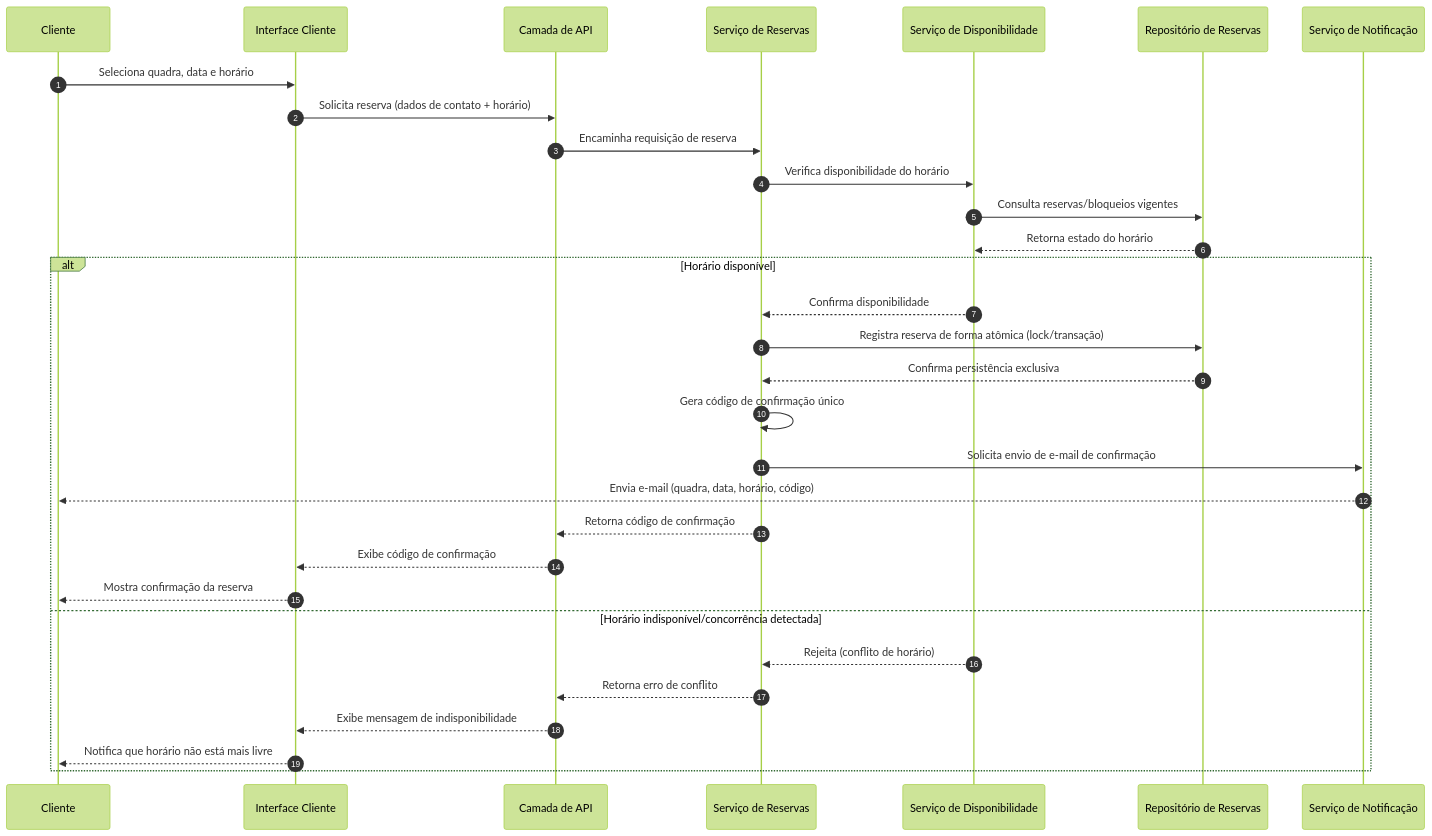
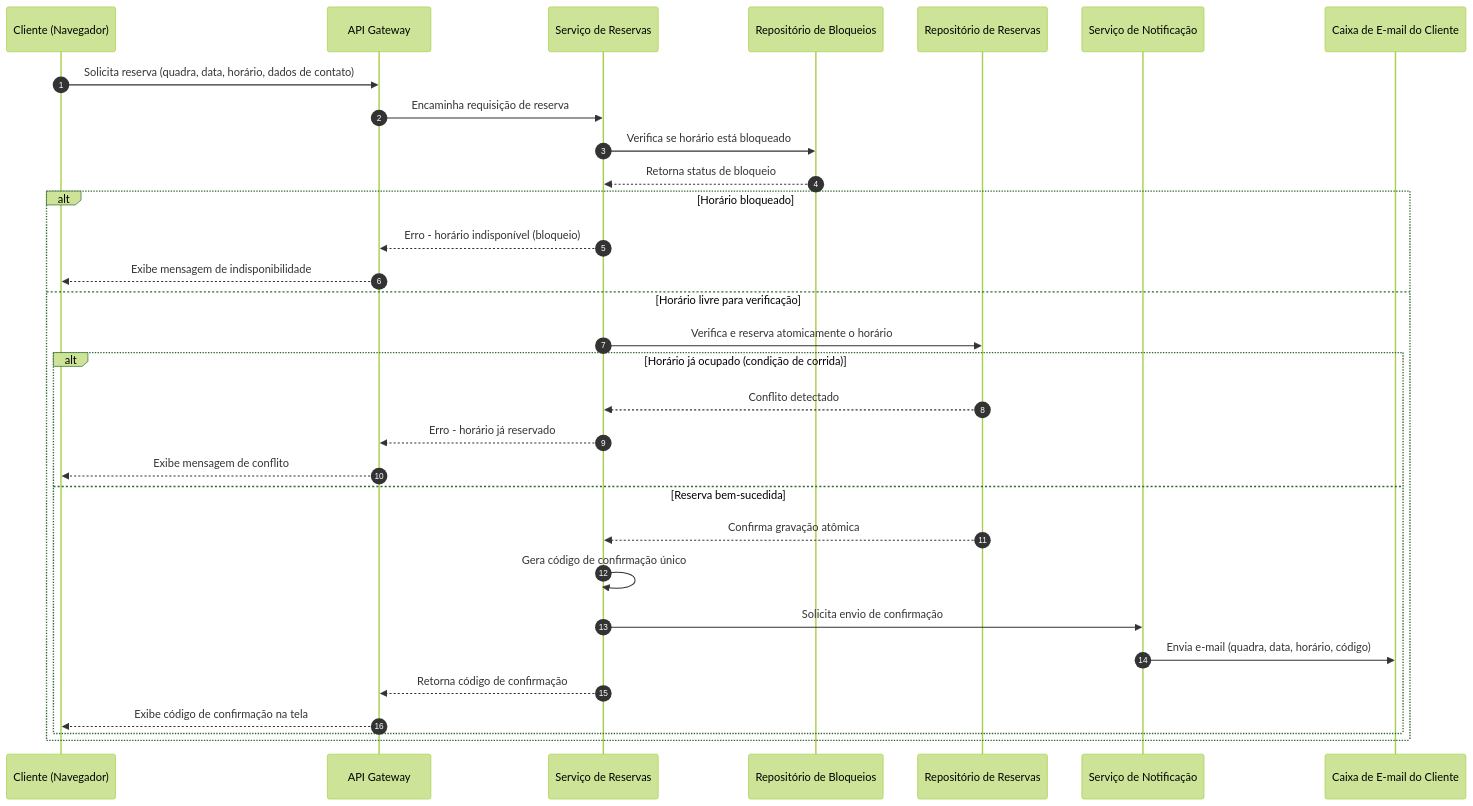
Before and after one commit to PDC-ESIA/AI4ES: the second of 3 diagrams in docs/Time_2_Design/analise-qualitativa/outputs/relatorio_claude_sonnet_5_P05.md, drawn with Mermaid (forest theme). The commit also changed other lines of this file and 93 other files, not shown here.

````diff
--- a/docs/Time_2_Design/analise-qualitativa/outputs/relatorio_claude_sonnet_5_P05.md
+++ b/docs/Time_2_Design/analise-qualitativa/outputs/relatorio_claude_sonnet_5_P05.md
@@ -72,34 +105,35 @@
 ```mermaid
 sequenceDiagram
     autonumber
-    participant Cliente as Cliente
-    participant UI as Interface Cliente
-    participant API as Camada de API
-    participant SVC_R as Serviço de Reservas
-    participant SVC_D as Serviço de Disponibilidade
-    participant REPO as Repositório de Reservas
-    participant SVC_N as Serviço de Notificação
+    participant Cliente as Cliente (Navegador)
+    participant Gateway as API Gateway
+    participant ReservaSvc as Serviço de Reservas
+    participant BloqueioRepo as Repositório de Bloqueios
+    participant ReservaRepo as Repositório de Reservas
+    participant NotifSvc as Serviço de Notificação
+    participant EmailCliente as Caixa de E-mail do Cliente
 
-    Cliente->>UI: Seleciona quadra, data e horário
-    UI->>API: Solicita reserva (dados de contato + horário)
-    API->>SVC_R: Encaminha requisição de reserva
-    SVC_R->>SVC_D: Verifica disponibilidade do horário
-    SVC_D->>REPO: Consulta reservas/bloqueios vigentes
-    REPO-->>SVC_D: Retorna estado do horário
-    alt Horário disponível
-        SVC_D-->>SVC_R: Confirma disponibilidade
-        SVC_R->>REPO: Registra reserva de forma atômica (lock/transação)
-        REPO-->>SVC_R: Confirma persistência exclusiva
-        SVC_R->>SVC_R: Gera código de confirmação único
-        SVC_R->>SVC_N: Solicita envio de e-mail de confirmação
-        SVC_N-->>Cliente: Envia e-mail (quadra, data, horário, código)
-        SVC_R-->>API: Retorna código de confirmação
-        API-->>UI: Exibe código de confirmação
-        UI-->>Cliente: Mostra confirmação da reserva
-    else Horário indisponível/concorrência detectada
-        SVC_D-->>SVC_R: Rejeita (conflito de horário)
-        SVC_R-->>API: Retorna erro de conflito
-        API-->>UI: Exibe mensagem de indisponibilidade
-        UI-->>Cliente: Notifica que horário não está mais livre
+    Cliente->>Gateway: Solicita reserva (quadra, data, horário, dados de contato)
+    Gateway->>ReservaSvc: Encaminha requisição de reserva
+    ReservaSvc->>BloqueioRepo: Verifica se horário está bloqueado
+    BloqueioRepo-->>ReservaSvc: Retorna status de bloqueio
+
+    alt Horário bloqueado
+        ReservaSvc-->>Gateway: Erro - horário indisponível (bloqueio)
+        Gateway-->>Cliente: Exibe mensagem de indisponibilidade
+    else Horário livre para verificação
+        ReservaSvc->>ReservaRepo: Verifica e reserva atomicamente o horário
+        alt Horário já ocupado (condição de corrida)
+            ReservaRepo-->>ReservaSvc: Conflito detectado
+            ReservaSvc-->>Gateway: Erro - horário já reservado
+            Gateway-->>Cliente: Exibe mensagem de conflito
+        else Reserva bem-sucedida
+            ReservaRepo-->>ReservaSvc: Confirma gravação atômica
+            ReservaSvc->>ReservaSvc: Gera código de confirmação único
+            ReservaSvc->>NotifSvc: Solicita envio de confirmação
+            NotifSvc->>EmailCliente: Envia e-mail (quadra, data, horário, código)
+            ReservaSvc-->>Gateway: Retorna código de confirmação
+            Gateway-->>Cliente: Exibe código de confirmação na tela
+        end
     end
 ```
````
